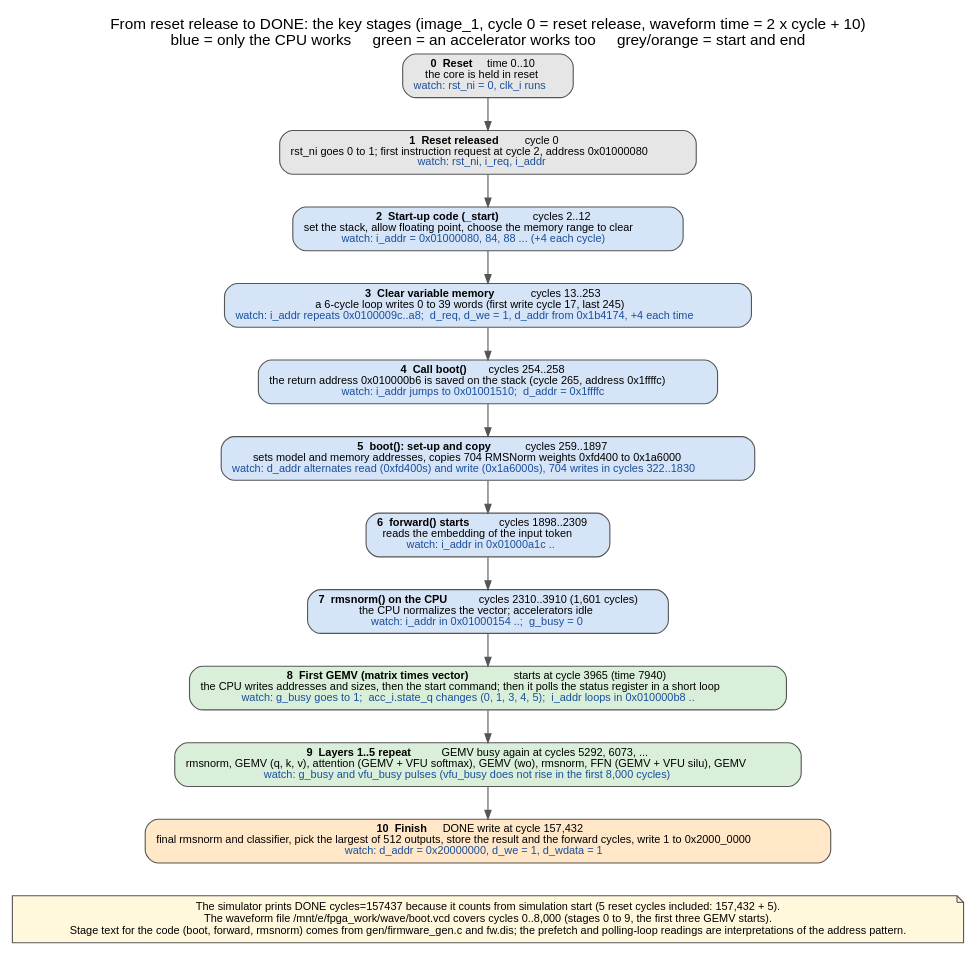
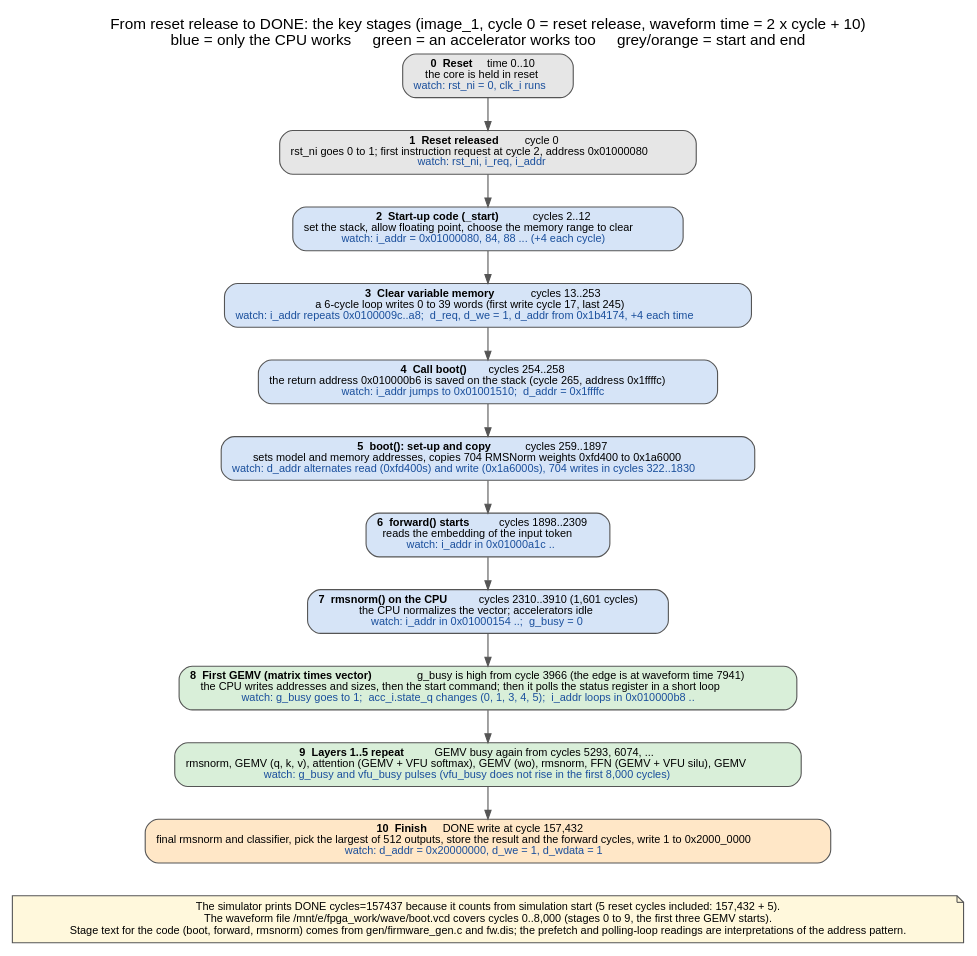
One commit to hyojin33kim/CV32E40P_Stories260K changed the diagram in docs/figures/boot_stages.dot. Above: the diagram before and after it, drawn with Graphviz. The commit also changed 15 other files, not shown here.

Commit message:
docs: key-signal timing tables (reset, start-up loop, first GEMV, 8,000-cycle overview) drawn with Graphviz; g_busy cycle numbers unified with the sampled convention (3966, 5293, 6074)

```diff
--- a/docs/figures/boot_stages.dot
+++ b/docs/figures/boot_stages.dot
@@ -1,23 +1,23 @@
 // Key stages from reset release to DONE (image_1). Numbers from docs/BOOT_WALKTHROUGH.md. Render: dot -Tpng -Gdpi=120 docs/figures/boot_stages.dot -o docs/figures/boot_stages.png (also -Tsvg)
 digraph stages {
   rankdir=TB; nodesep=0.25; ranksep=0.42; newrank=true;
   graph [fontname="Helvetica", fontsize=14, labelloc=t, label="From reset release to DONE: the key stages (image_1, cycle 0 = reset release, waveform time = 2 x cycle + 10)\nblue = only the CPU works     green = an accelerator works too     grey/orange = start and end"];
   node  [fontname="Helvetica", fontsize=10, shape=box, style="rounded,filled", color="#555555", margin="0.14,0.07"];
   edge  [color="#555555", arrowsize=0.8];
 
   S0 [fillcolor="#e6e6e6", label=<<B>0  Reset</B>   time 0..10<BR/>the core is held in reset<BR/><FONT COLOR="#1a4f9c">watch: rst_ni = 0, clk_i runs</FONT>>];
   S1 [fillcolor="#e6e6e6", label=<<B>1  Reset released</B>   cycle 0<BR/>rst_ni goes 0 to 1; first instruction request at cycle 2, address 0x01000080<BR/><FONT COLOR="#1a4f9c">watch: rst_ni, i_req, i_addr</FONT>>];
   S2 [fillcolor="#d6e4f7", label=<<B>2  Start-up code (_start)</B>   cycles 2..12<BR/>set the stack, allow floating point, choose the memory range to clear<BR/><FONT COLOR="#1a4f9c">watch: i_addr = 0x01000080, 84, 88 ... (+4 each cycle)</FONT>>];
   S3 [fillcolor="#d6e4f7", label=<<B>3  Clear variable memory</B>   cycles 13..253<BR/>a 6-cycle loop writes 0 to 39 words (first write cycle 17, last 245)<BR/><FONT COLOR="#1a4f9c">watch: i_addr repeats 0x0100009c..a8;  d_req, d_we = 1, d_addr from 0x1b4174, +4 each time</FONT>>];
   S4 [fillcolor="#d6e4f7", label=<<B>4  Call boot()</B>   cycles 254..258<BR/>the return address 0x010000b6 is saved on the stack (cycle 265, address 0x1ffffc)<BR/><FONT COLOR="#1a4f9c">watch: i_addr jumps to 0x01001510;  d_addr = 0x1ffffc</FONT>>];
   S5 [fillcolor="#d6e4f7", label=<<B>5  boot(): set-up and copy</B>   cycles 259..1897<BR/>sets model and memory addresses, copies 704 RMSNorm weights 0xfd400 to 0x1a6000<BR/><FONT COLOR="#1a4f9c">watch: d_addr alternates read (0xfd400s) and write (0x1a6000s), 704 writes in cycles 322..1830</FONT>>];
   S6 [fillcolor="#d6e4f7", label=<<B>6  forward() starts</B>   cycles 1898..2309<BR/>reads the embedding of the input token<BR/><FONT COLOR="#1a4f9c">watch: i_addr in 0x01000a1c ..</FONT>>];
   S7 [fillcolor="#d6e4f7", label=<<B>7  rmsnorm() on the CPU</B>   cycles 2310..3910 (1,601 cycles)<BR/>the CPU normalizes the vector; accelerators idle<BR/><FONT COLOR="#1a4f9c">watch: i_addr in 0x01000154 ..;  g_busy = 0</FONT>>];
-  S8 [fillcolor="#d9efd9", label=<<B>8  First GEMV (matrix times vector)</B>   starts at cycle 3965 (time 7940)<BR/>the CPU writes addresses and sizes, then the start command; then it polls the status register in a short loop<BR/><FONT COLOR="#1a4f9c">watch: g_busy goes to 1;  acc_i.state_q changes (0, 1, 3, 4, 5);  i_addr loops in 0x010000b8 ..</FONT>>];
-  S9 [fillcolor="#d9efd9", label=<<B>9  Layers 1..5 repeat</B>   GEMV busy again at cycles 5292, 6073, ...<BR/>rmsnorm, GEMV (q, k, v), attention (GEMV + VFU softmax), GEMV (wo), rmsnorm, FFN (GEMV + VFU silu), GEMV<BR/><FONT COLOR="#1a4f9c">watch: g_busy and vfu_busy pulses (vfu_busy does not rise in the first 8,000 cycles)</FONT>>];
+  S8 [fillcolor="#d9efd9", label=<<B>8  First GEMV (matrix times vector)</B>   g_busy is high from cycle 3966 (the edge is at waveform time 7941)<BR/>the CPU writes addresses and sizes, then the start command; then it polls the status register in a short loop<BR/><FONT COLOR="#1a4f9c">watch: g_busy goes to 1;  acc_i.state_q changes (0, 1, 3, 4, 5);  i_addr loops in 0x010000b8 ..</FONT>>];
+  S9 [fillcolor="#d9efd9", label=<<B>9  Layers 1..5 repeat</B>   GEMV busy again from cycles 5293, 6074, ...<BR/>rmsnorm, GEMV (q, k, v), attention (GEMV + VFU softmax), GEMV (wo), rmsnorm, FFN (GEMV + VFU silu), GEMV<BR/><FONT COLOR="#1a4f9c">watch: g_busy and vfu_busy pulses (vfu_busy does not rise in the first 8,000 cycles)</FONT>>];
   S10 [fillcolor="#ffe7c7", label=<<B>10  Finish</B>   DONE write at cycle 157,432<BR/>final rmsnorm and classifier, pick the largest of 512 outputs, store the result and the forward cycles, write 1 to 0x2000_0000<BR/><FONT COLOR="#1a4f9c">watch: d_addr = 0x20000000, d_we = 1, d_wdata = 1</FONT>>];
   S0 -> S1 -> S2 -> S3 -> S4 -> S5 -> S6 -> S7 -> S8 -> S9 -> S10;
 
   NOTE [shape=note, fillcolor="#fff8dc", style="filled", label="The simulator prints DONE cycles=157437 because it counts from simulation start (5 reset cycles included: 157,432 + 5).\nThe waveform file /mnt/e/fpga_work/wave/boot.vcd covers cycles 0..8,000 (stages 0 to 9, the first three GEMV starts).\nStage text for the code (boot, forward, rmsnorm) comes from gen/firmware_gen.c and fw.dis; the prefetch and polling-loop readings are interpretations of the address pattern."];
   S10 -> NOTE [style=invis];
 }
```
